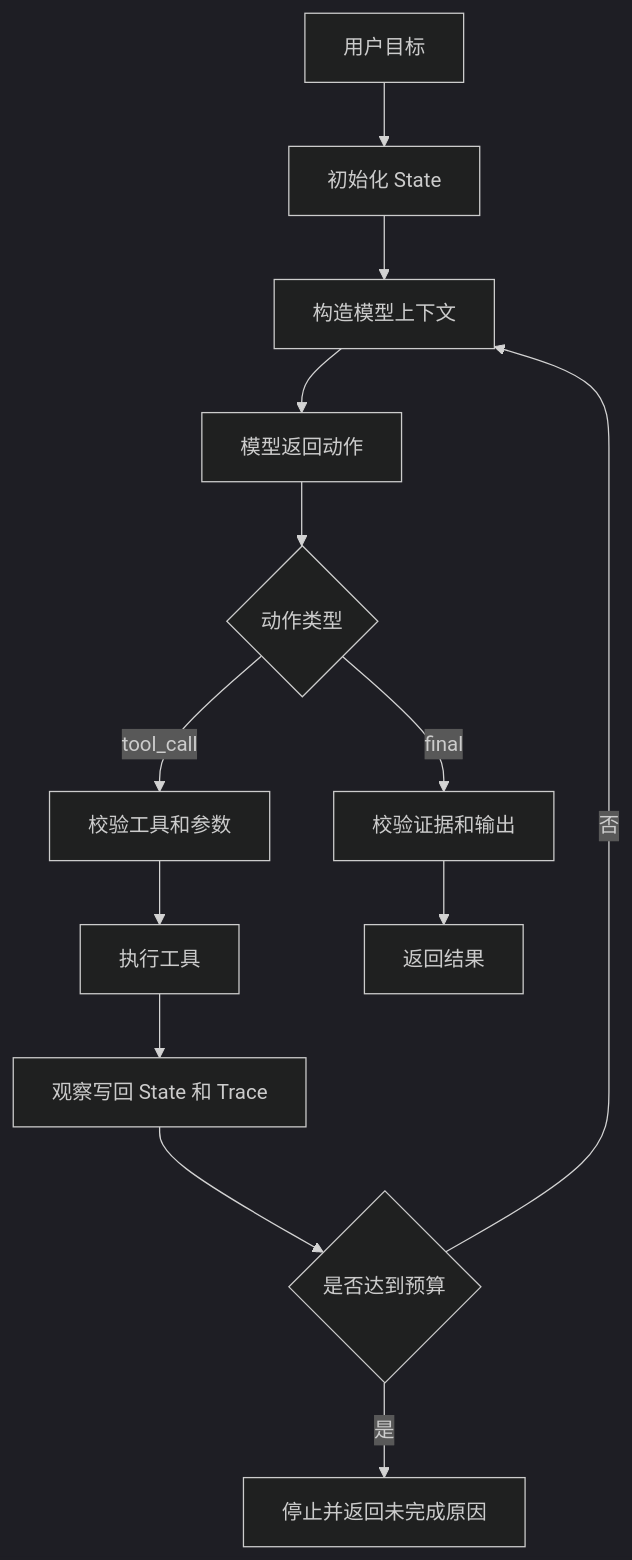
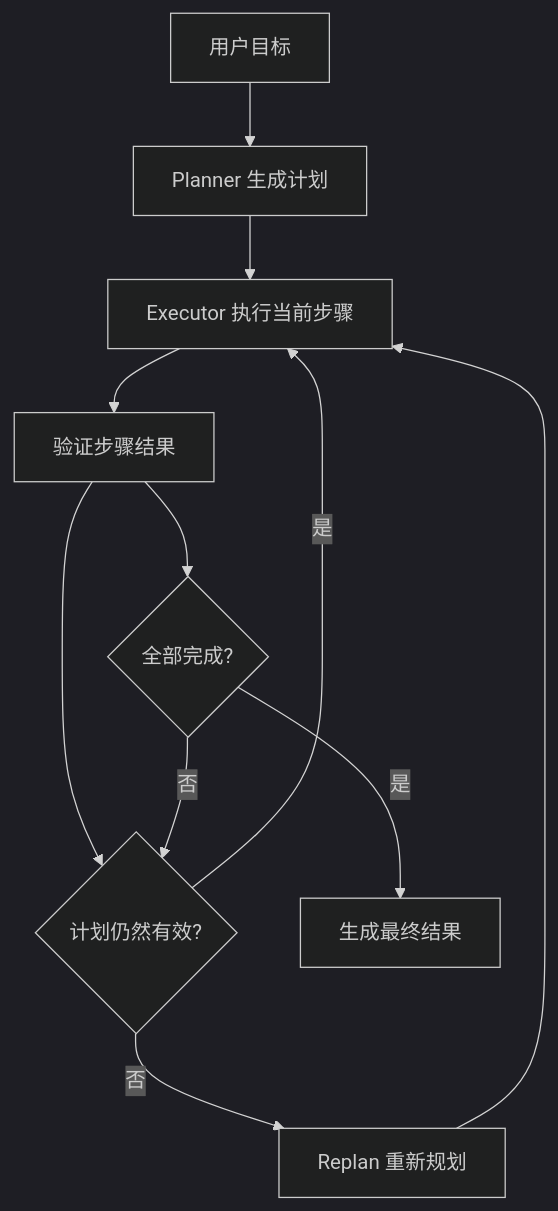
One commit to Doge2077/liyyro changed the third of 4 diagrams in docs/AI/Agent Engineering/Agent基础/基础概念.md. Above: the diagram before and after it, drawn with Mermaid (dark theme). The commit also changed other lines of this file, not shown here.

````diff
--- a/docs/AI/Agent Engineering/Agent基础/基础概念.md
+++ b/docs/AI/Agent Engineering/Agent基础/基础概念.md
@@ -241,15 +676,13 @@
 ```mermaid
 flowchart TD
-  A["用户目标"] --> B["初始化 State"]
-  B --> C["构造模型上下文"]
-  C --> D["模型返回动作"]
-  D --> E{"动作类型"}
-  E -->|"tool_call"| F["校验工具和参数"]
-  F --> G["执行工具"]
-  G --> H["观察写回 State 和 Trace"]
-  H --> I{"是否达到预算"}
-  I -->|"否"| C
-  I -->|"是"| J["停止并返回未完成原因"]
-  E -->|"final"| K["校验证据和输出"]
-  K --> L["返回结果"]
+  A[用户目标] --> B[Planner 生成计划]
+  B --> C[Executor 执行当前步骤]
+  C --> D[验证步骤结果]
+  D --> E{计划仍然有效?}
+  E -->|是| C
+  E -->|否| F[Replan 重新规划]
+  F --> C
+  D --> G{全部完成?}
+  G -->|是| H[生成最终结果]
+  G -->|否| E
 ```
````
